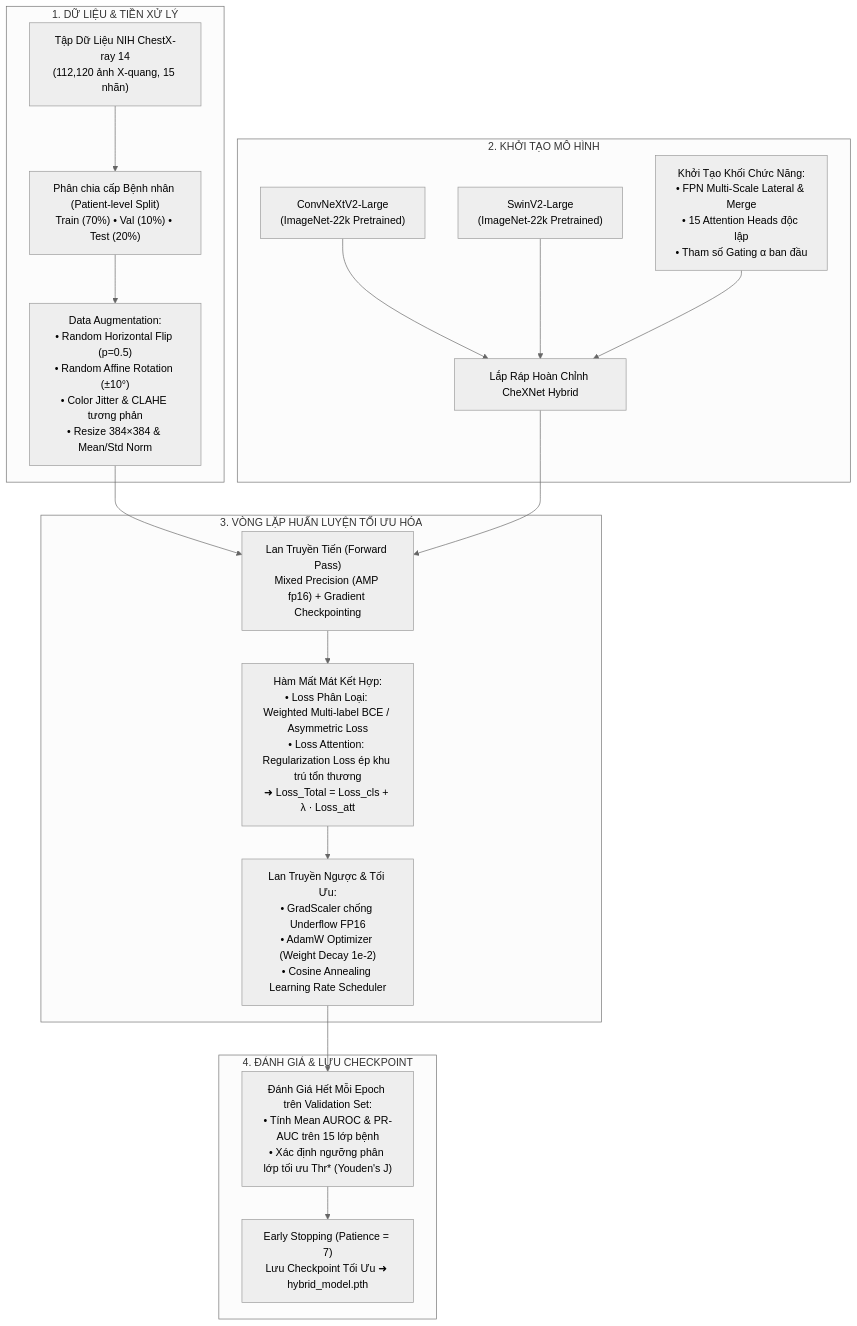
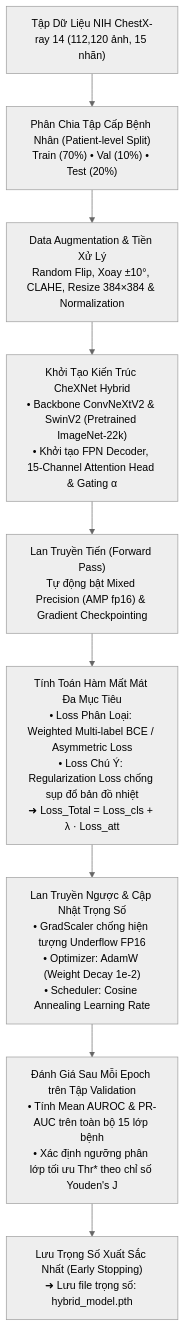
One commit to lecuong2512/CheXNet changed the fifth of 6 diagrams in README.md. Above: the diagram before and after it, drawn with Mermaid (neutral theme). The commit also changed other lines of this file, not shown here.

Commit message:
docs: redraw 6 modular flowcharts without crossing arrows and fix formula rendering

````diff
--- a/README.md
+++ b/README.md
@@ -356,25 +325,18 @@
 ```mermaid
 flowchart TB
-    subgraph DATA_PIPELINE["1. DỮ LIỆU & TIỀN XỬ LÝ"]
-        NIH_RAW["Tập Dữ Liệu NIH ChestX-ray 14<br/>(112,120 ảnh X-quang, 15 nhãn)"] --> PATIENT_SPLIT["Phân chia cấp Bệnh nhân (Patient-level Split)<br/>Train (70%) • Val (10%) • Test (20%)"]
-        PATIENT_SPLIT --> AUGMENT["Data Augmentation:<br/>• Random Horizontal Flip (p=0.5)<br/>• Random Affine Rotation (±10°)<br/>• Color Jitter & CLAHE tương phản<br/>• Resize 384×384 & Mean/Std Norm"]
-    end
+    NIH_DS["Tập Dữ Liệu NIH ChestX-ray 14 (112,120 ảnh, 15 nhãn)"] --> DATA_SPLIT["Phân Chia Tập Cấp Bệnh Nhân (Patient-level Split)<br/>Train (70%) • Val (10%) • Test (20%)"]
 
-    subgraph MODEL_SETUP["2. KHỞI TẠO MÔ HÌNH"]
-        CONV_PRE["ConvNeXtV2-Large<br/>(ImageNet-22k Pretrained)"]
-        SWIN_PRE["SwinV2-Large<br/>(ImageNet-22k Pretrained)"]
-        MODULES_INIT["Khởi Tạo Khối Chức Năng:<br/>• FPN Multi-Scale Lateral & Merge<br/>• 15 Attention Heads độc lập<br/>• Tham số Gating α ban đầu"]
-        CONV_PRE & SWIN_PRE & MODULES_INIT --> ASSEMBLE["Lắp Ráp Hoàn Chỉnh CheXNet Hybrid"]
-    end
+    DATA_SPLIT --> AUG_PIPE["Data Augmentation & Tiền Xử Lý<br/>Random Flip, Xoay ±10°, CLAHE, Resize 384×384 & Normalization"]
 
-    subgraph TRAINING_STEP["3. VÒNG LẶP HUẤN LUYỆN TỐI ƯU HÓA"]
-        AUGMENT & ASSEMBLE --> FORWARD_PASS["Lan Truyền Tiến (Forward Pass)<br/>Mixed Precision (AMP fp16) + Gradient Checkpointing"]
-        FORWARD_PASS --> LOSS_CALC["Hàm Mất Mát Kết Hợp:<br/>• Loss Phân Loại: Weighted Multi-label BCE / Asymmetric Loss<br/>• Loss Attention: Regularization Loss ép khu trú tổn thương<br/>➜ Loss_Total = Loss_cls + λ · Loss_att"]
-        LOSS_CALC --> OPTIM_STEP["Lan Truyền Ngược & Tối Ưu:<br/>• GradScaler chống Underflow FP16<br/>• AdamW Optimizer (Weight Decay 1e-2)<br/>• Cosine Annealing Learning Rate Scheduler"]
-    end
+    AUG_PIPE --> MODEL_BUILD["Khởi Tạo Kiến Trúc CheXNet Hybrid<br/>• Backbone ConvNeXtV2 & SwinV2 (Pretrained ImageNet-22k)<br/>• Khởi tạo FPN Decoder, 15-Channel Attention Head & Gating α"]
 
-    subgraph VALIDATION_CHECKPOINT["4. ĐÁNH GIÁ & LƯU CHECKPOINT"]
-        OPTIM_STEP --> VAL_LOOP["Đánh Giá Hết Mỗi Epoch trên Validation Set:<br/>• Tính Mean AUROC & PR-AUC trên 15 lớp bệnh<br/>• Xác định ngưỡng phân lớp tối ưu Thr* (Youden's J)"]
-        VAL_LOOP --> SAVE_BEST["Early Stopping (Patience = 7)<br/>Lưu Checkpoint Tối Ưu ➜ hybrid_model.pth"]
-    end
+    MODEL_BUILD --> TRAIN_FORWARD["Lan Truyền Tiến (Forward Pass)<br/>Tự động bật Mixed Precision (AMP fp16) & Gradient Checkpointing"]
+
+    TRAIN_FORWARD --> LOSS_EVAL["Tính Toán Hàm Mất Mát Đa Mục Tiêu<br/>• Loss Phân Loại: Weighted Multi-label BCE / Asymmetric Loss<br/>• Loss Chú Ý: Regularization Loss chống sụp đổ bản đồ nhiệt<br/>➜ Loss_Total = Loss_cls + λ · Loss_att"]
+
+    LOSS_EVAL --> OPTIM_BACKWARD["Lan Truyền Ngược & Cập Nhật Trọng Số<br/>• GradScaler chống hiện tượng Underflow FP16<br/>• Optimizer: AdamW (Weight Decay 1e-2)<br/>• Scheduler: Cosine Annealing Learning Rate"]
+
+    OPTIM_BACKWARD --> VAL_CHECK["Đánh Giá Sau Mỗi Epoch trên Tập Validation<br/>• Tính Mean AUROC & PR-AUC trên toàn bộ 15 lớp bệnh<br/>• Xác định ngưỡng phân lớp tối ưu Thr* theo chỉ số Youden's J"]
+
+    VAL_CHECK --> SAVE_MODEL["Lưu Trọng Số Xuất Sắc Nhất (Early Stopping)<br/>➜ Lưu file trọng số: hybrid_model.pth"]
 ```
````
